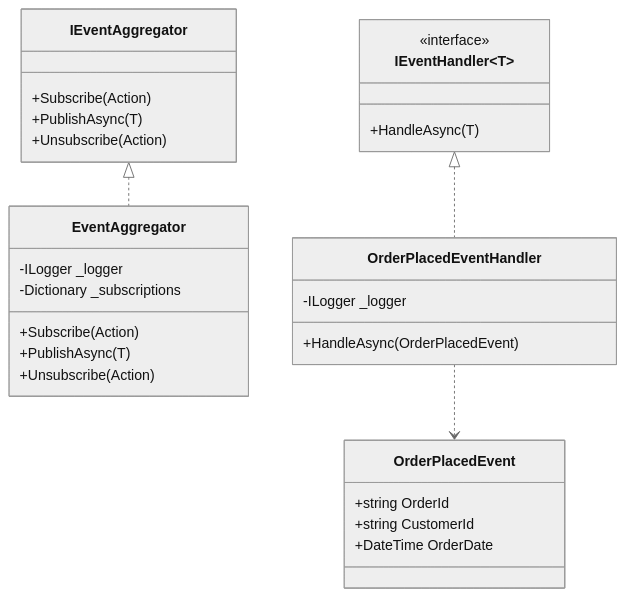
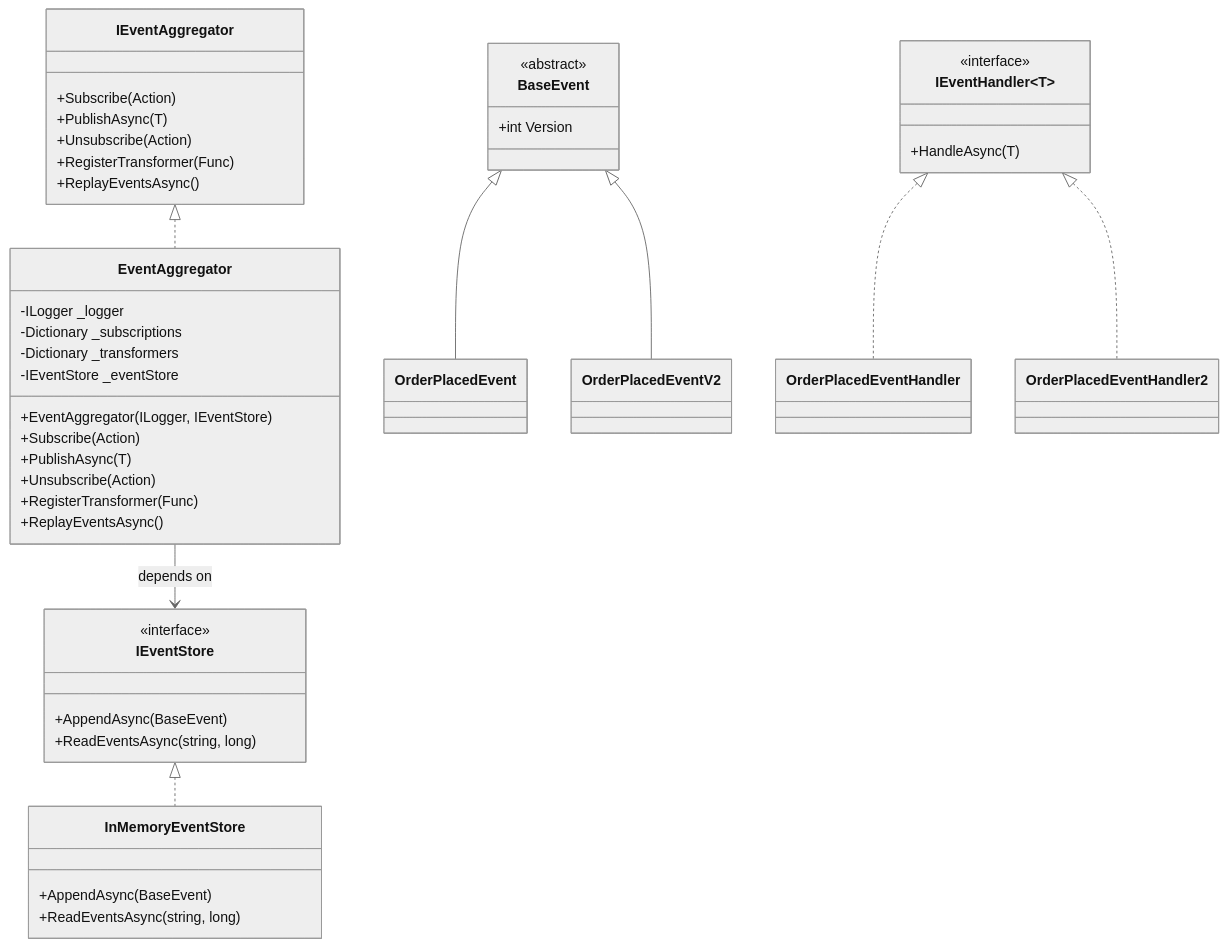
Before and after one commit to shivojha/pub-sub-pattern-poc: the second of 2 diagrams in README.md, drawn with Mermaid (neutral theme). The commit also changed other lines of this file and 6 other files, not shown here.

Commit message:
Added EventStore Changes

````diff
--- a/README.md
+++ b/README.md
@@ -23,36 +23,55 @@
 ```mermaid
 classDiagram
     class IEventAggregator {
         +Subscribe<T>(Action<T>)
         +PublishAsync<T>(T)
         +Unsubscribe<T>(Action<T>)
+        +RegisterTransformer<TS, TT>(Func<TS, TT>)
+        +ReplayEventsAsync()
     }
     
     class EventAggregator {
         -ILogger _logger
         -Dictionary _subscriptions
+        -Dictionary _transformers
+        -IEventStore _eventStore
+        +EventAggregator(ILogger, IEventStore)
         +Subscribe<T>(Action<T>)
         +PublishAsync<T>(T)
         +Unsubscribe<T>(Action<T>)
+        +RegisterTransformer<TS, TT>(Func<TS, TT>)
+        +ReplayEventsAsync()
     }
     
     class IEventHandler~T~ {
         <<interface>>
         +HandleAsync(T)
     }
     
-    class OrderPlacedEventHandler {
-        -ILogger _logger
-        +HandleAsync(OrderPlacedEvent)
+    class BaseEvent {
+        <<abstract>>
+        +int Version
     }
-    
-    class OrderPlacedEvent {
-        +string OrderId
-        +string CustomerId
-        +DateTime OrderDate
+
+    class OrderPlacedEvent
+    class OrderPlacedEventV2
+
+    class IEventStore {
+        <<interface>>
+        +AppendAsync(BaseEvent)
+        +ReadEventsAsync(string, long)
+    }
+
+    class InMemoryEventStore {
+        +AppendAsync(BaseEvent)
+        +ReadEventsAsync(string, long)
     }
     
     IEventAggregator <|.. EventAggregator
     IEventHandler <|.. OrderPlacedEventHandler
-    OrderPlacedEventHandler ..> OrderPlacedEvent
+    IEventHandler <|.. OrderPlacedEventHandler2
+    BaseEvent <|-- OrderPlacedEvent
+    BaseEvent <|-- OrderPlacedEventV2
+    EventAggregator --> IEventStore : depends on
+    IEventStore <|.. InMemoryEventStore
 ```
````
